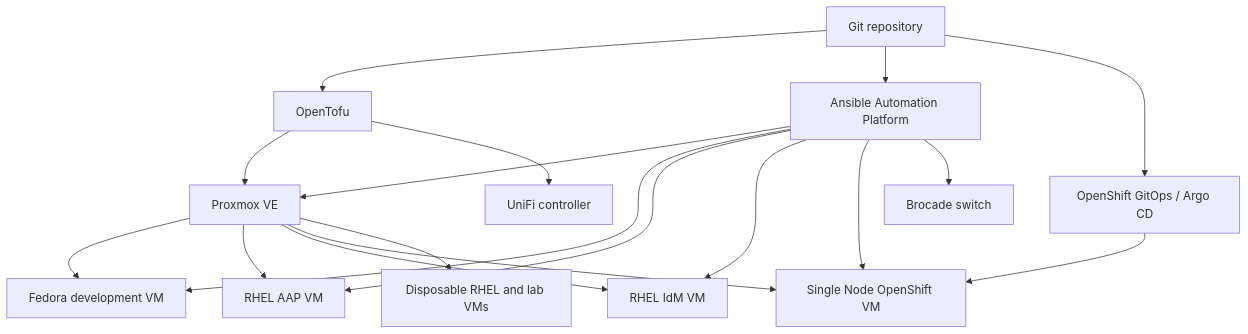
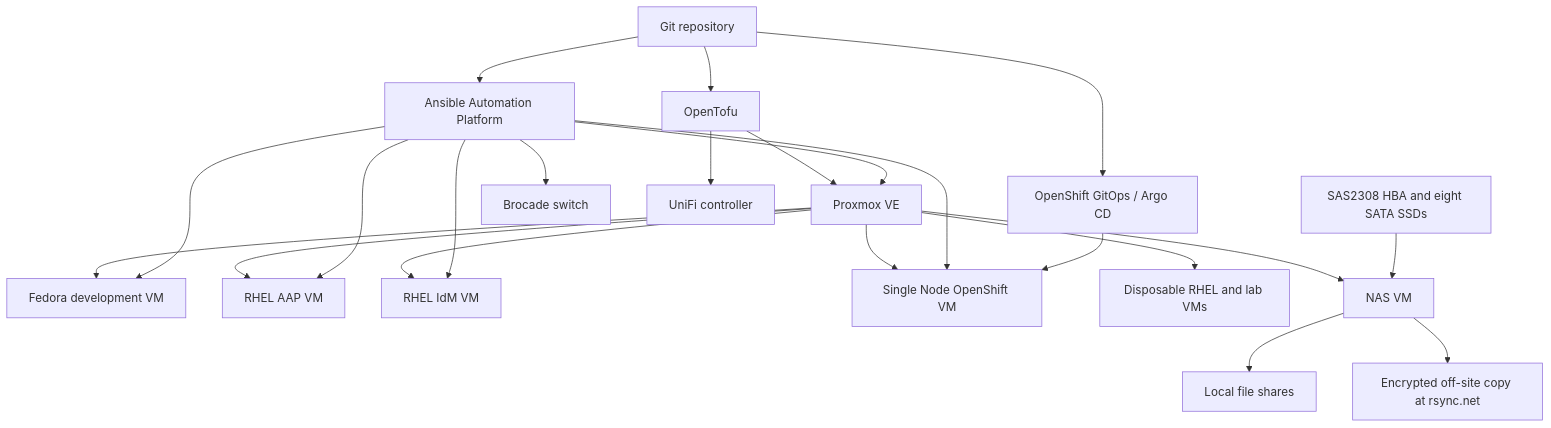
The diagram in README.md (mpeter/homelab-infra), drawn with Mermaid before and after one commit. The commit also changed other lines of this file and 5 other files, not shown here.

````diff
--- a/README.md
+++ b/README.md
@@ -12,22 +16,26 @@
 ```mermaid
 flowchart TD
     Git[Git repository] --> Tofu[OpenTofu]
     Git --> AAP[Ansible Automation Platform]
     Git --> Argo[OpenShift GitOps / Argo CD]
 
     Tofu --> PVE[Proxmox VE]
     PVE --> Dev[Fedora development VM]
     PVE --> AAPVM[RHEL AAP VM]
     PVE --> IdM[RHEL IdM VM]
     PVE --> OCP[Single Node OpenShift VM]
     PVE --> Lab[Disposable RHEL and lab VMs]
+    PVE --> NAS[NAS VM]
+    HBA[SAS2308 HBA and eight SATA SSDs] --> NAS
+    NAS --> Shares[Local file shares]
+    NAS --> Remote[Encrypted off-site copy at rsync.net]
 
     AAP --> PVE
     AAP --> Dev
     AAP --> AAPVM
     AAP --> IdM
     AAP --> OCP
     AAP --> Brocade[Brocade switch]
     Tofu --> UniFi[UniFi controller]
     Argo --> OCP
 ```
````
